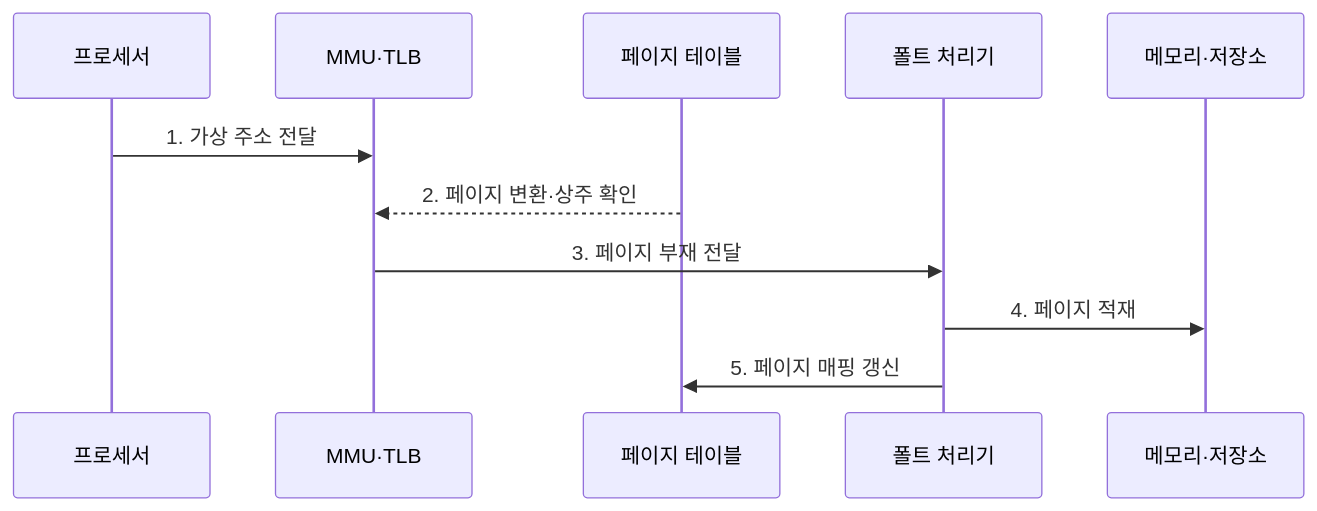
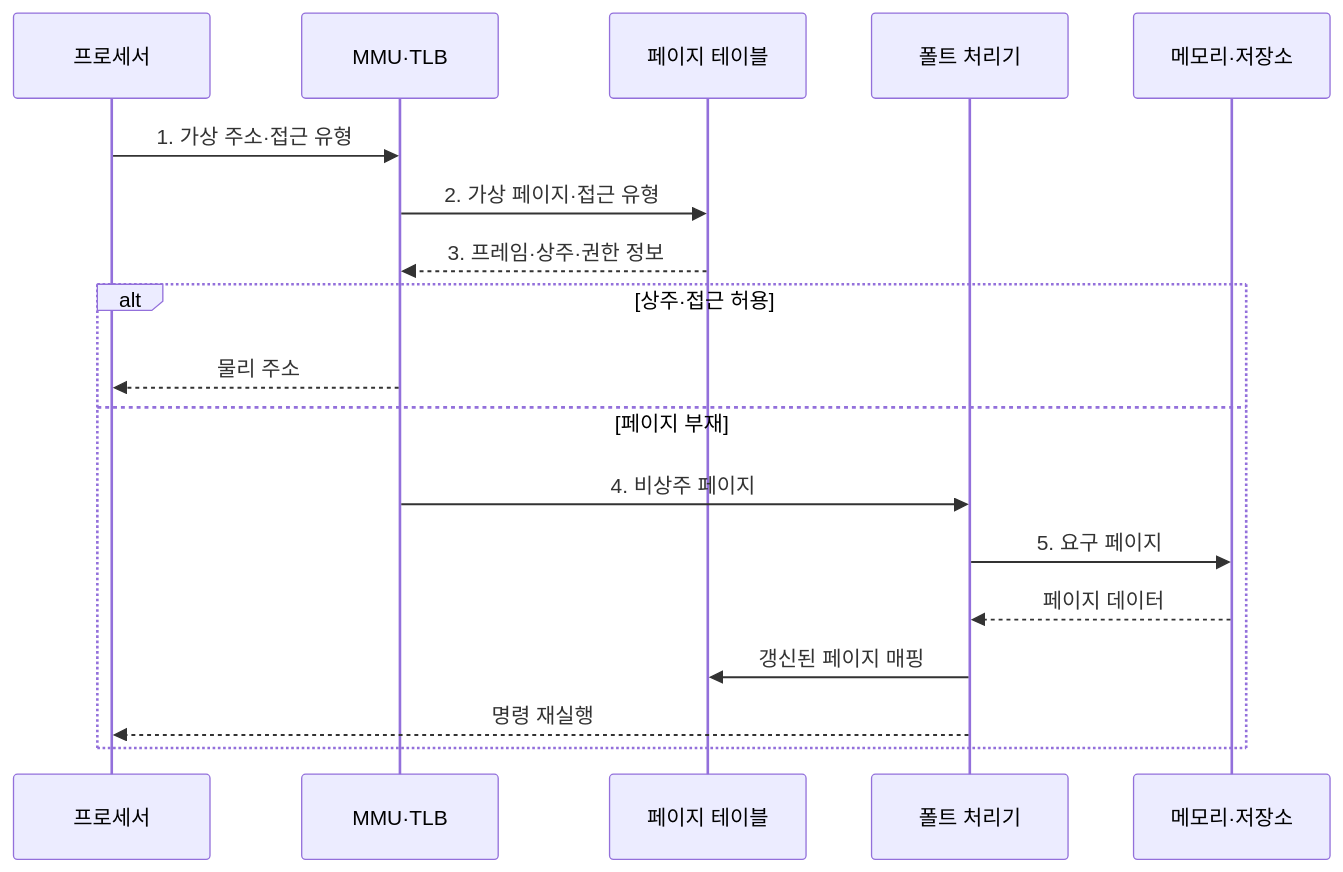
Before and after one commit to agnusdei1207/knowledge-base: the second of 2 diagrams in src/content/docs/notes/03-software/015_virtual_memory.md, drawn with Mermaid. The commit also changed other lines of this file and 20 other files, not shown here.

````diff
--- a/src/content/docs/notes/03-software/015_virtual_memory.md
+++ b/src/content/docs/notes/03-software/015_virtual_memory.md
@@ -96,13 +97,20 @@
 ```mermaid
 sequenceDiagram
     participant C as 프로세서
     participant L as MMU·TLB
     participant T as 페이지 테이블
     participant H as 폴트 처리기
     participant B as 메모리·저장소
-    C->>L: 1. 가상 주소 전달
-    T-->>L: 2. 페이지 변환·상주 확인
-    L->>H: 3. 페이지 부재 전달
-    H->>B: 4. 페이지 적재
-    H->>T: 5. 페이지 매핑 갱신
+    C->>L: 1. 가상 주소·접근 유형
+    L->>T: 2. 가상 페이지·접근 유형
+    T-->>L: 3. 프레임·상주·권한 정보
+    alt 상주·접근 허용
+        L-->>C: 물리 주소
+    else 페이지 부재
+        L->>H: 4. 비상주 페이지
+        H->>B: 5. 요구 페이지
+        B-->>H: 페이지 데이터
+        H->>T: 갱신된 페이지 매핑
+        H-->>C: 명령 재실행
+    end
 ```
````
